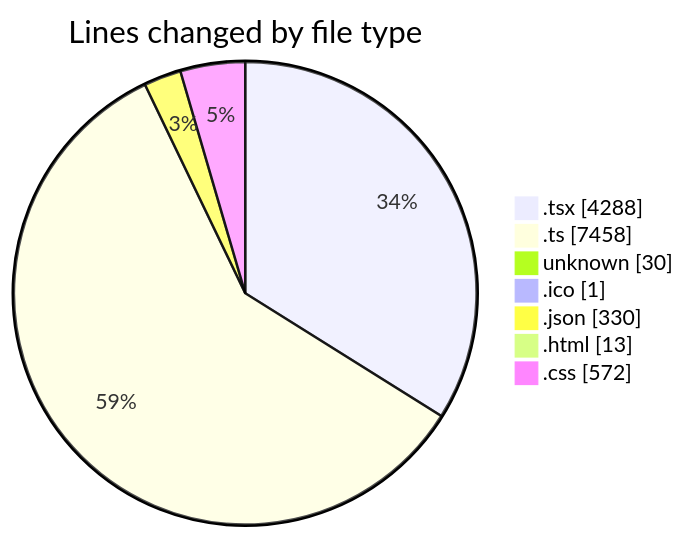
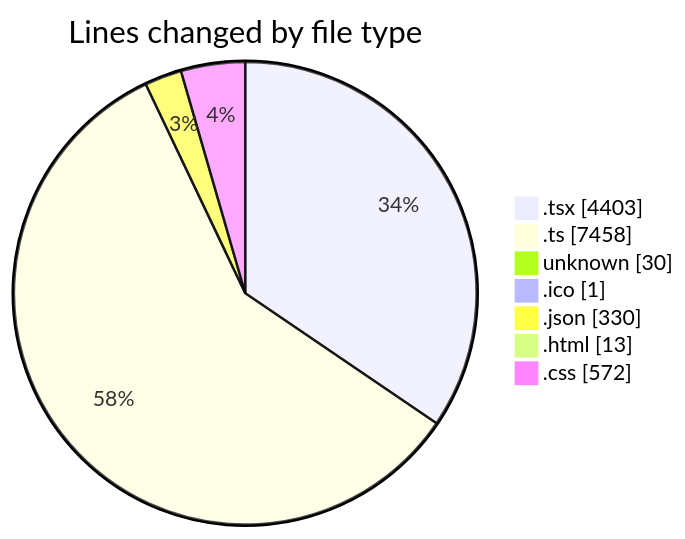
One commit to JenPaints/code-tracking changed the first of 2 diagrams in 2025-06-20/modeljsondesigner/README.md. Above: the diagram before and after it, drawn with Mermaid. The commit also changed other lines of this file and 1 other file, not shown here.

````diff
--- a/2025-06-20/modeljsondesigner/README.md
+++ b/2025-06-20/modeljsondesigner/README.md
@@ -43,11 +43,11 @@
 ```mermaid
 pie showData
 title Lines changed by file type
-".tsx" : 4288
+".tsx" : 4403
 ".ts" : 7458
 "unknown" : 30
 ".ico" : 1
 ".json" : 330
 ".html" : 13
 ".css" : 572
 ```
````
